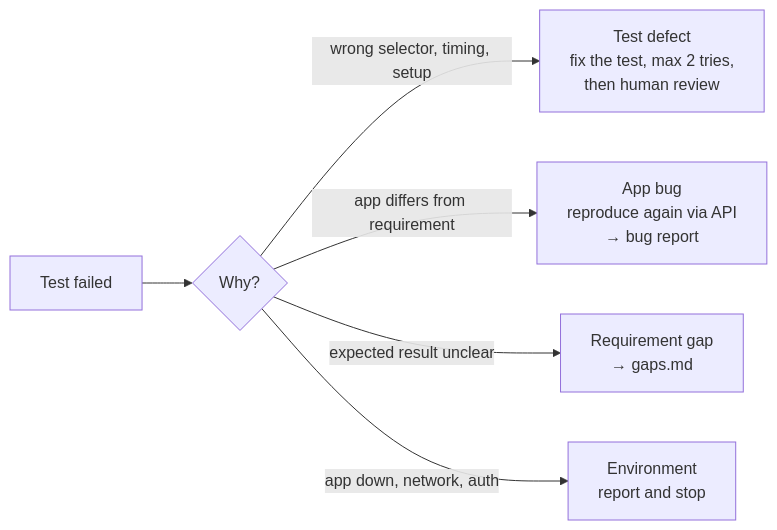
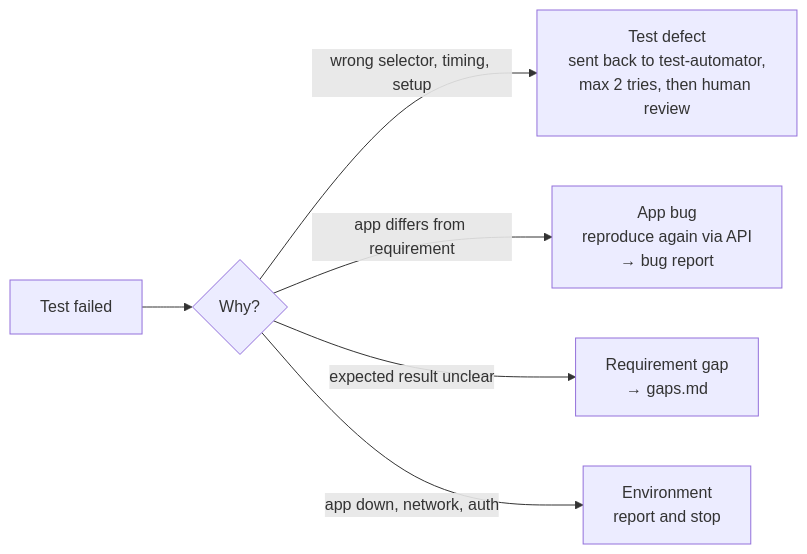
One commit to billusions/qa-agent changed the second of 2 diagrams in README.md. Above: the diagram before and after it, drawn with Mermaid. The commit also changed other lines of this file and 5 other files, not shown here.

````diff
--- a/README.md
+++ b/README.md
@@ -61,8 +67,8 @@
 ```mermaid
 flowchart LR
     F["Test failed"] --> Q{"Why?"}
-    Q -->|wrong selector, timing, setup| TD["Test defect<br/>fix the test, max 2 tries,<br/>then human review"]
+    Q -->|wrong selector, timing, setup| TD["Test defect<br/>sent back to test-automator,<br/>max 2 tries, then human review"]
     Q -->|app differs from requirement| AB["App bug<br/>reproduce again via API<br/>→ bug report"]
     Q -->|expected result unclear| RG["Requirement gap<br/>→ gaps.md"]
     Q -->|app down, network, auth| EN["Environment<br/>report and stop"]
 ```
````
